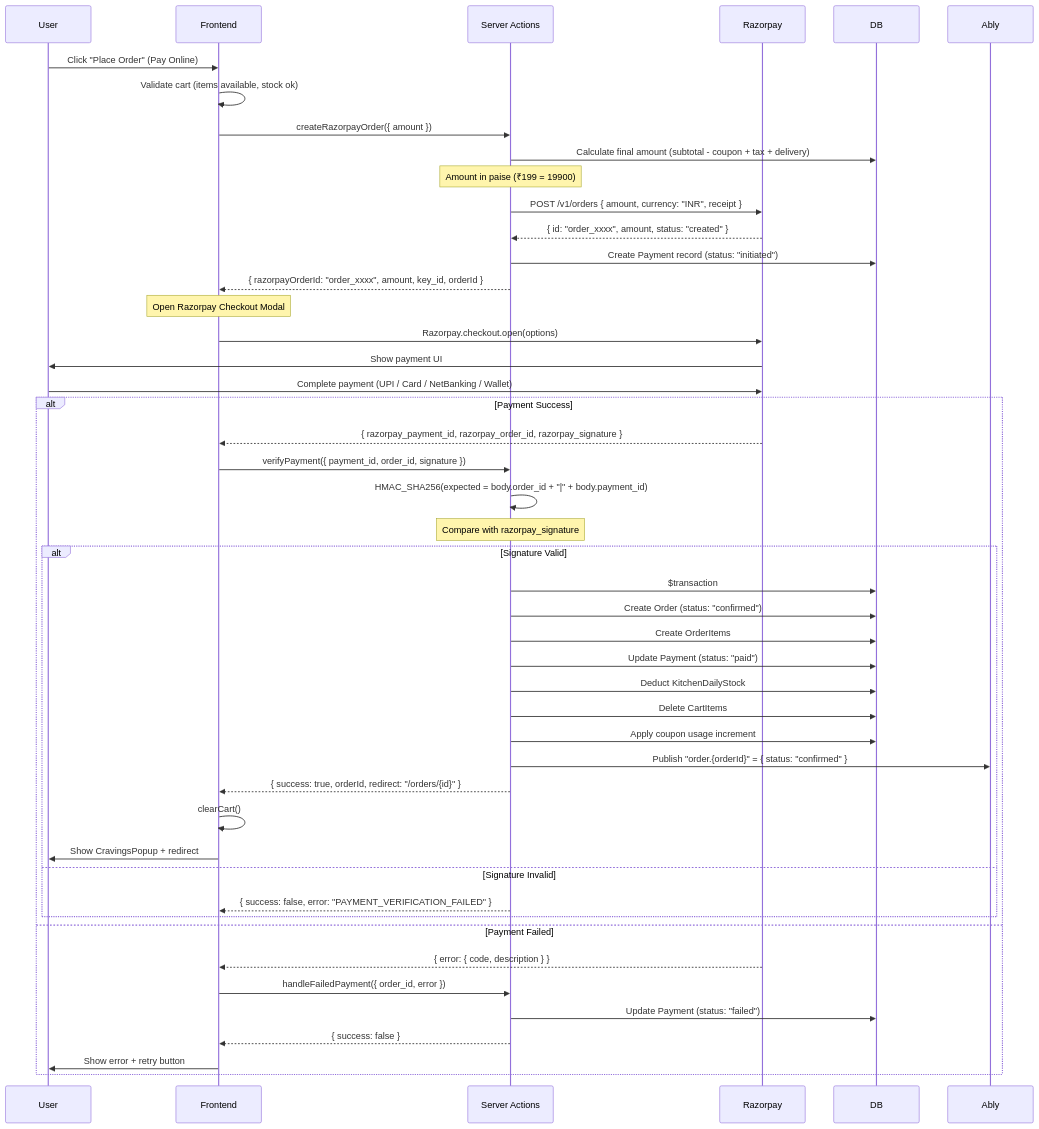
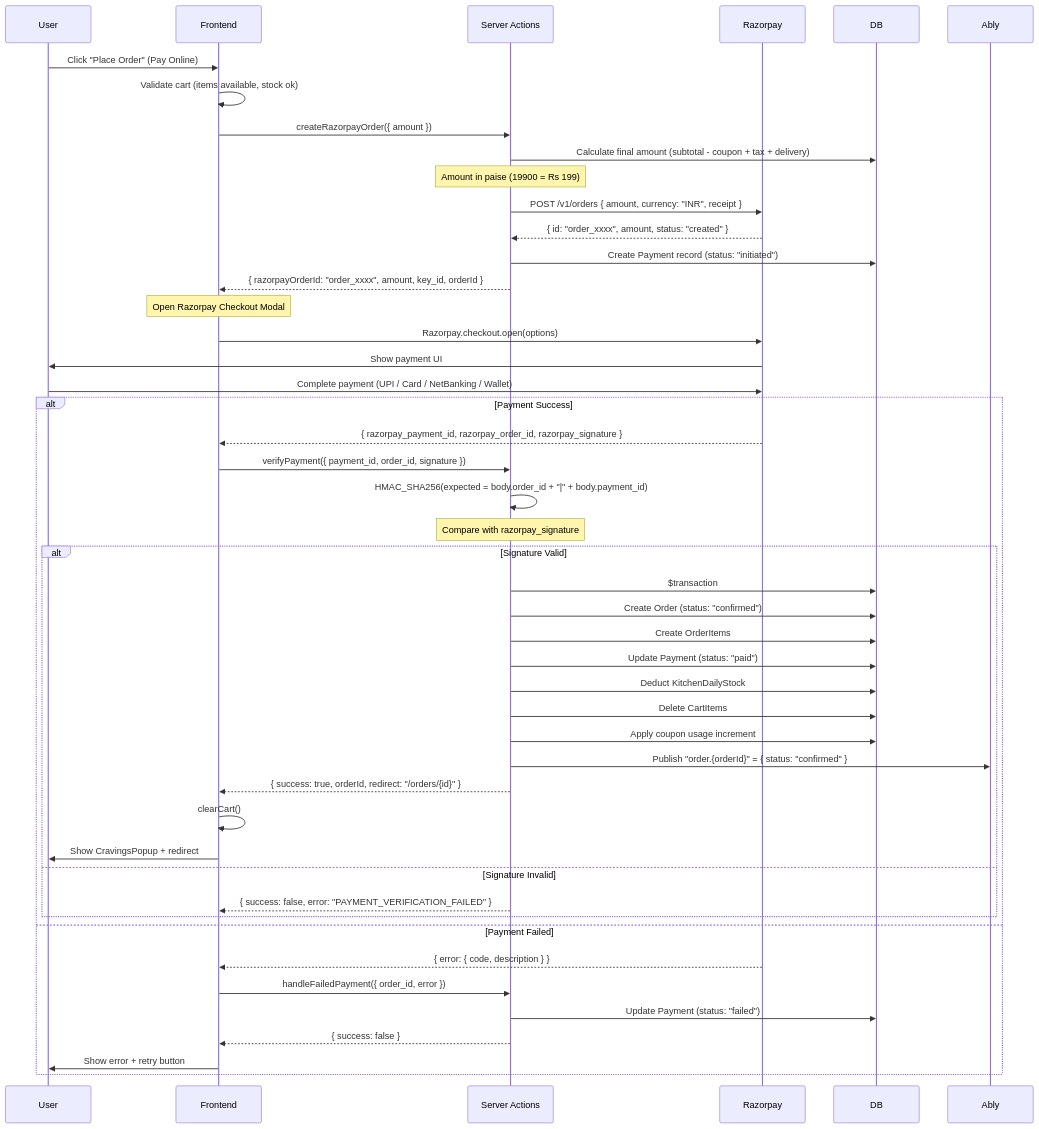
Before and after one commit to dharshan47/rrckitchen: the second of 8 diagrams in docs/08-payment-system.md, drawn with Mermaid. The commit also changed other lines of this file and 273 other files, not shown here.

````diff
--- a/docs/08-payment-system.md
+++ b/docs/08-payment-system.md
@@ -67,59 +68,59 @@
 ```mermaid
 sequenceDiagram
     participant User
     participant FE as Frontend
     participant Action as Server Actions
     participant Razorpay
     participant DB
     participant Ably
 
     User->>FE: Click "Place Order" (Pay Online)
 
     FE->>FE: Validate cart (items available, stock ok)
     FE->>Action: createRazorpayOrder({ amount })
     Action->>DB: Calculate final amount (subtotal - coupon + tax + delivery)
-    Note over Action: Amount in paise (₹199 = 19900)
+    Note over Action: Amount in paise (19900 = Rs 199)
     Action->>Razorpay: POST /v1/orders { amount, currency: "INR", receipt }
     Razorpay-->>Action: { id: "order_xxxx", amount, status: "created" }
     Action->>DB: Create Payment record (status: "initiated")
     Action-->>FE: { razorpayOrderId: "order_xxxx", amount, key_id, orderId }
 
     Note over FE: Open Razorpay Checkout Modal
     FE->>Razorpay: Razorpay.checkout.open(options)
     Razorpay->>User: Show payment UI
 
     User->>Razorpay: Complete payment (UPI / Card / NetBanking / Wallet)
 
     alt Payment Success
         Razorpay-->>FE: { razorpay_payment_id, razorpay_order_id, razorpay_signature }
         FE->>Action: verifyPayment({ payment_id, order_id, signature })
 
         Action->>Action: HMAC_SHA256(expected = body.order_id + "|" + body.payment_id)
         Note over Action: Compare with razorpay_signature
 
         alt Signature Valid
             Action->>DB: $transaction
             Action->>DB: Create Order (status: "confirmed")
             Action->>DB: Create OrderItems
             Action->>DB: Update Payment (status: "paid")
             Action->>DB: Deduct KitchenDailyStock
             Action->>DB: Delete CartItems
             Action->>DB: Apply coupon usage increment
 
             Action->>Ably: Publish "order.{orderId}" = { status: "confirmed" }
             Action-->>FE: { success: true, orderId, redirect: "/orders/{id}" }
 
             FE->>FE: clearCart()
             FE->>User: Show CravingsPopup + redirect
         else Signature Invalid
             Action-->>FE: { success: false, error: "PAYMENT_VERIFICATION_FAILED" }
         end
 
     else Payment Failed
         Razorpay-->>FE: { error: { code, description } }
         FE->>Action: handleFailedPayment({ order_id, error })
         Action->>DB: Update Payment (status: "failed")
         Action-->>FE: { success: false }
         FE->>User: Show error + retry button
     end
 ```
````
